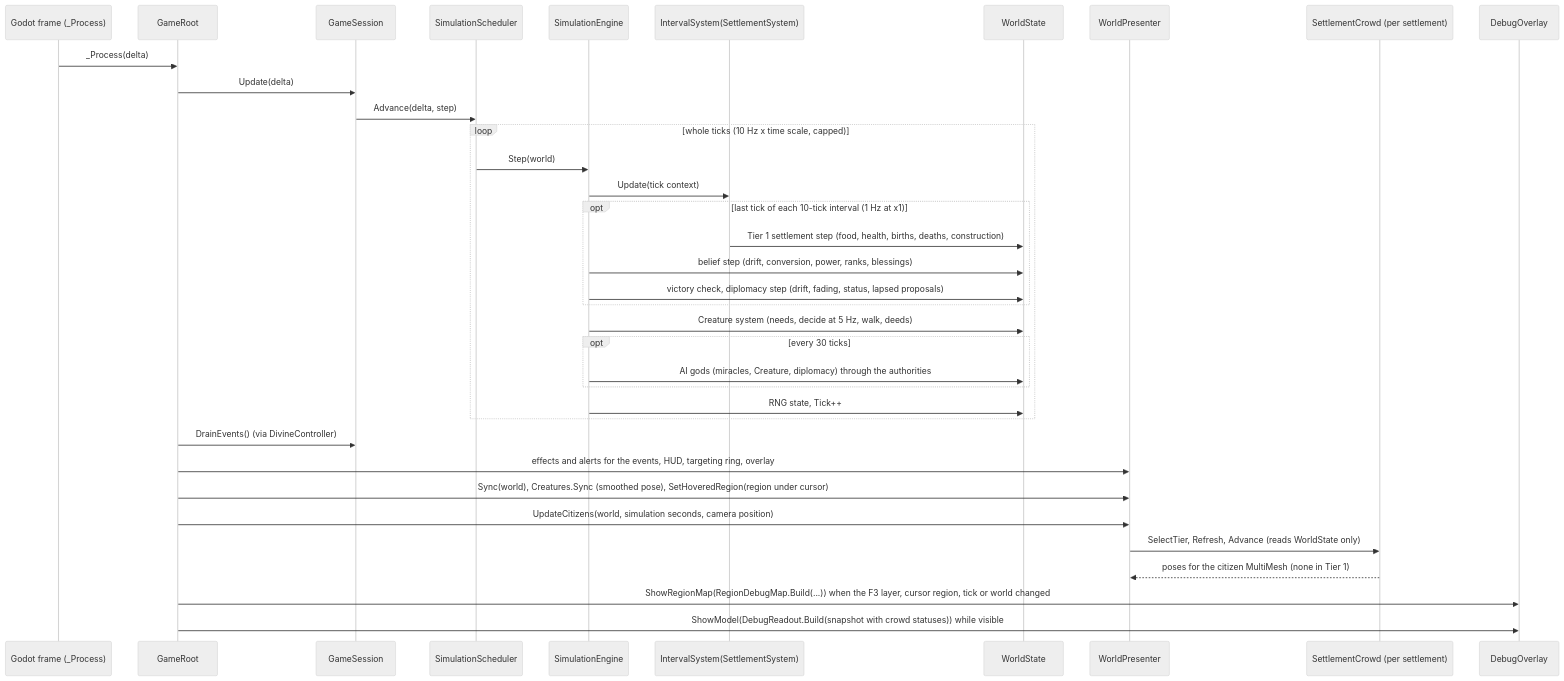
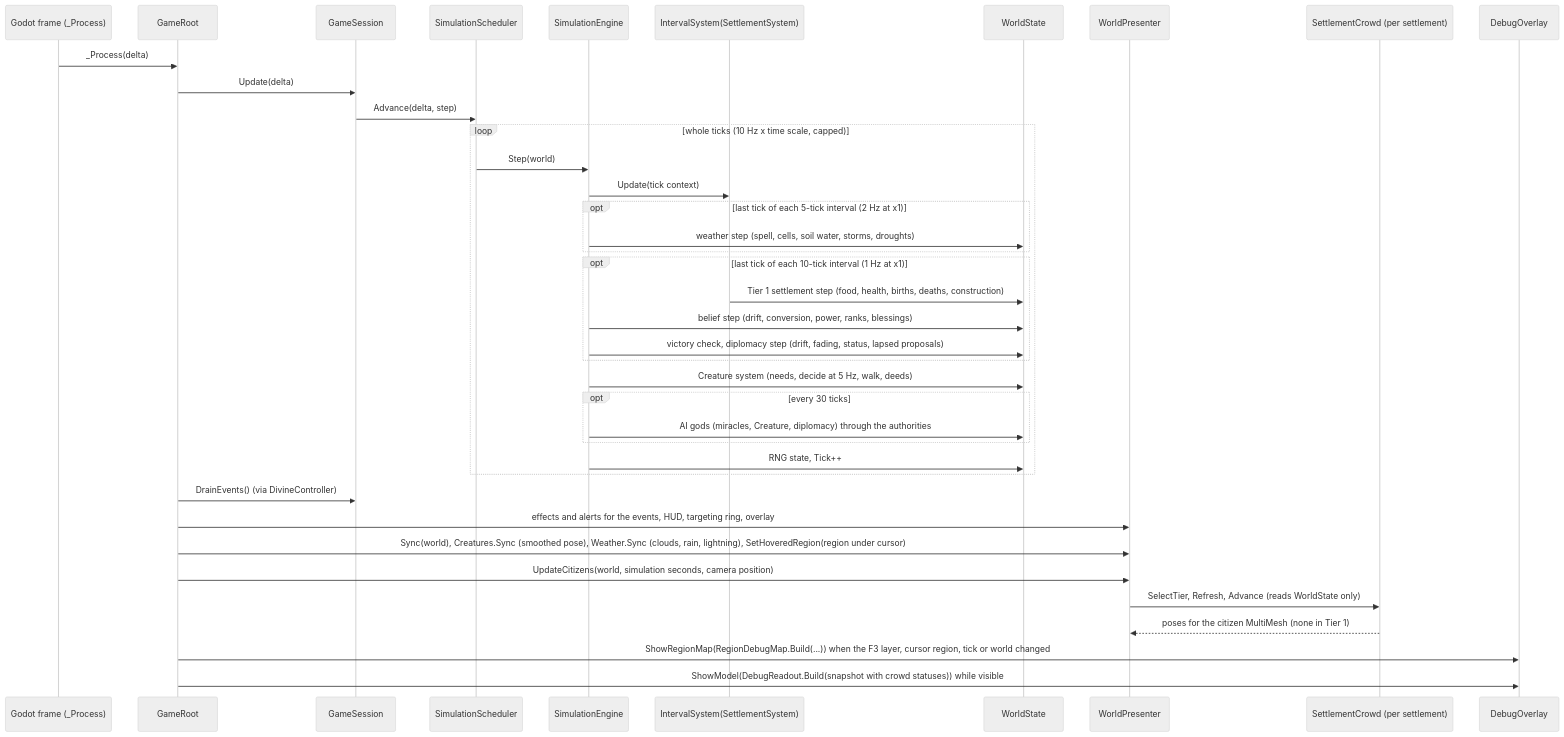
The second of 11 diagrams in docs/ARCHITECTURE.md (roeyazroel/pantheon), drawn with Mermaid (neutral theme) before and after one commit. The commit also changed other lines of this file and 114 other files, not shown here.

````diff
--- a/docs/ARCHITECTURE.md
+++ b/docs/ARCHITECTURE.md
@@ -344,39 +368,42 @@
 ```mermaid
 sequenceDiagram
     participant Godot as Godot frame (_Process)
     participant Root as GameRoot
     participant Session as GameSession
     participant Sched as SimulationScheduler
     participant Engine as SimulationEngine
     participant Settle as IntervalSystem(SettlementSystem)
     participant State as WorldState
     participant View as WorldPresenter
     participant Crowd as SettlementCrowd (per settlement)
     participant Overlay as DebugOverlay
 
     Godot->>Root: _Process(delta)
     Root->>Session: Update(delta)
     Session->>Sched: Advance(delta, step)
     loop whole ticks (10 Hz x time scale, capped)
         Sched->>Engine: Step(world)
         Engine->>Settle: Update(tick context)
+        opt last tick of each 5-tick interval (2 Hz at x1)
+            Engine->>State: weather step (spell, cells, soil water, storms, droughts)
+        end
         opt last tick of each 10-tick interval (1 Hz at x1)
             Settle->>State: Tier 1 settlement step (food, health, births, deaths, construction)
             Engine->>State: belief step (drift, conversion, power, ranks, blessings)
             Engine->>State: victory check, diplomacy step (drift, fading, status, lapsed proposals)
         end
         Engine->>State: Creature system (needs, decide at 5 Hz, walk, deeds)
         opt every 30 ticks
             Engine->>State: AI gods (miracles, Creature, diplomacy) through the authorities
         end
         Engine->>State: RNG state, Tick++
     end
     Root->>Session: DrainEvents() (via DivineController)
     Root->>View: effects and alerts for the events, HUD, targeting ring, overlay
-    Root->>View: Sync(world), Creatures.Sync (smoothed pose), SetHoveredRegion(region under cursor)
+    Root->>View: Sync(world), Creatures.Sync (smoothed pose), Weather.Sync (clouds, rain, lightning), SetHoveredRegion(region under cursor)
     Root->>View: UpdateCitizens(world, simulation seconds, camera position)
     View->>Crowd: SelectTier, Refresh, Advance (reads WorldState only)
     Crowd-->>View: poses for the citizen MultiMesh (none in Tier 1)
     Root->>Overlay: ShowRegionMap(RegionDebugMap.Build(...)) when the F3 layer, cursor region, tick or world changed
     Root->>Overlay: ShowModel(DebugReadout.Build(snapshot with crowd statuses)) while visible
 ```
````
